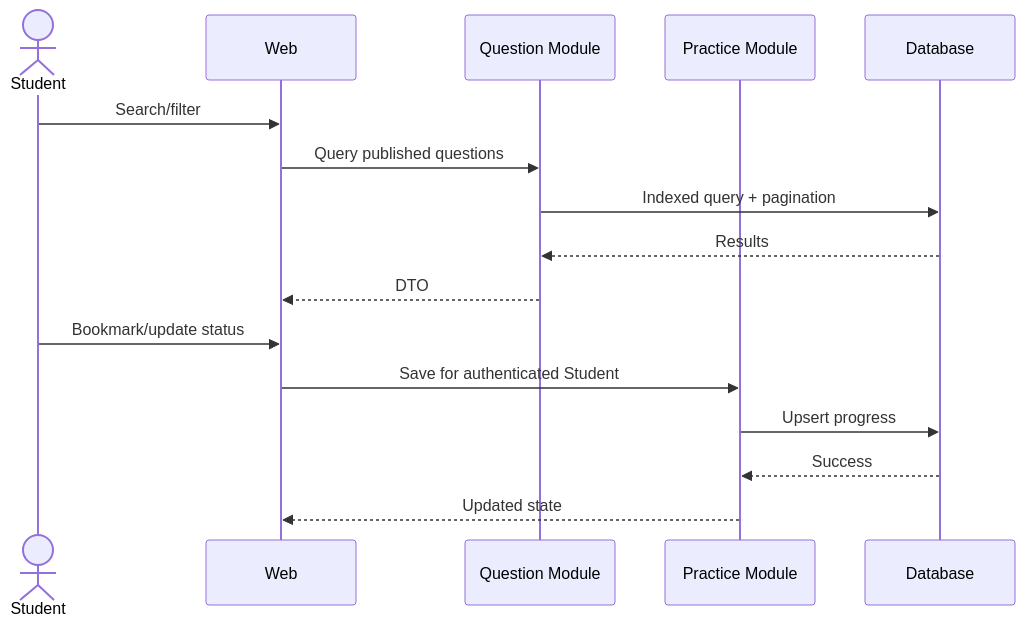
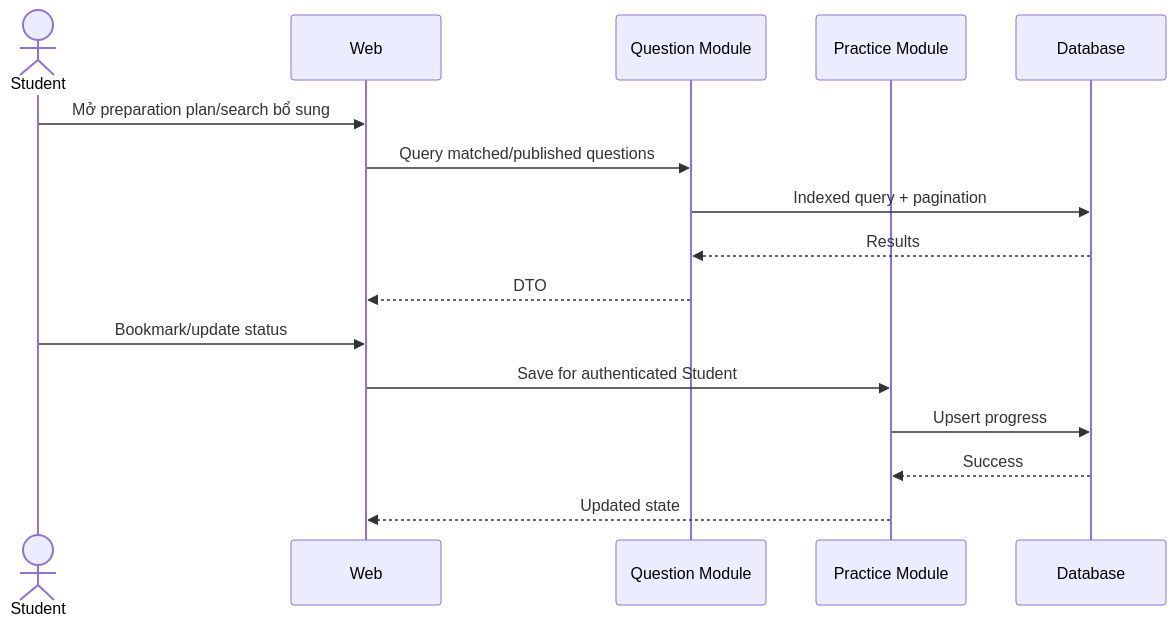
The fifth of 7 diagrams in docs/Project_Architecture/software_architecture.md (tnnhuaa/InterviewQuestionBank), drawn with Mermaid before and after one commit. The commit also changed other lines of this file and 1 other file, not shown here.

Commit message:
docs(architecture): align design with JD-first product flow

````diff
--- a/docs/Project_Architecture/software_architecture.md
+++ b/docs/Project_Architecture/software_architecture.md
@@ -181,18 +268,18 @@
 ```mermaid
 sequenceDiagram
     actor S as Student
     participant W as Web
     participant Q as Question Module
     participant P as Practice Module
     participant D as Database
-    S->>W: Search/filter
-    W->>Q: Query published questions
+    S->>W: Mở preparation plan/search bổ sung
+    W->>Q: Query matched/published questions
     Q->>D: Indexed query + pagination
     D-->>Q: Results
     Q-->>W: DTO
     S->>W: Bookmark/update status
     W->>P: Save for authenticated Student
     P->>D: Upsert progress
     D-->>P: Success
     P-->>W: Updated state
 ```
````
